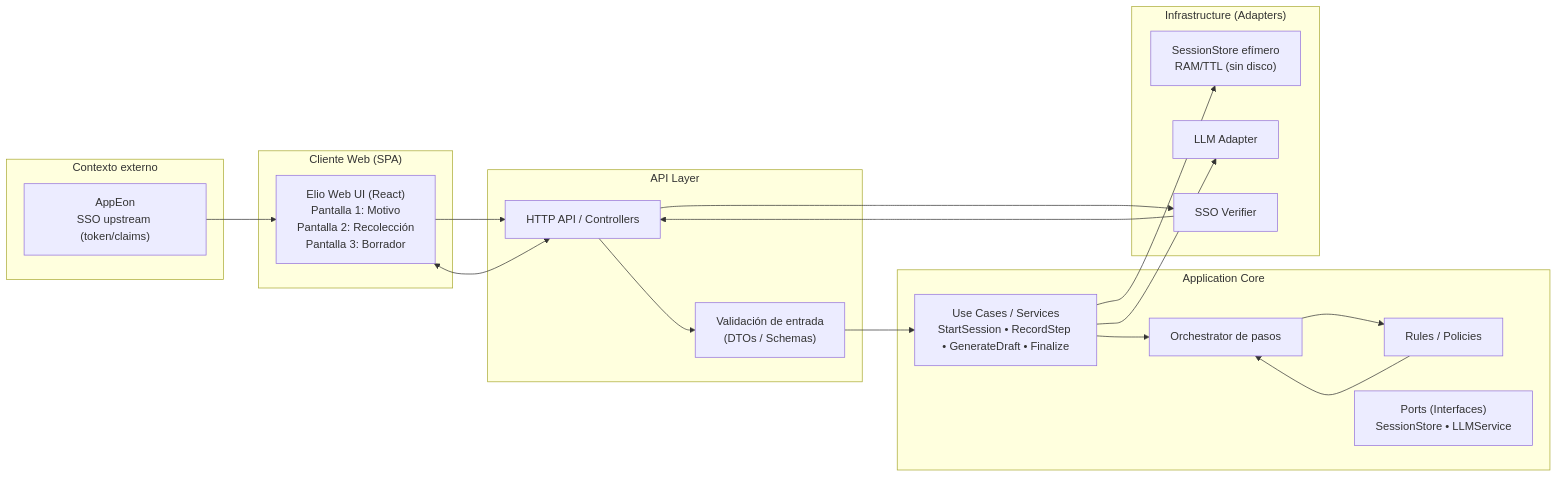
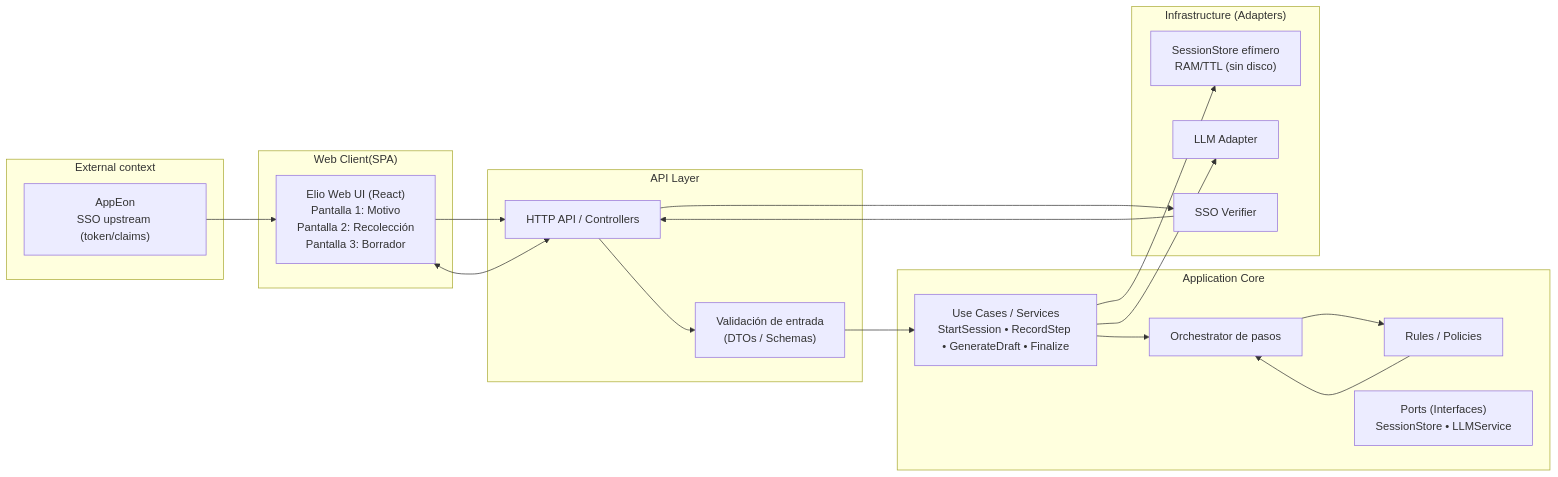
The first of 2 diagrams in README.md (feratholberton/ProyectoFinal), drawn with Mermaid before and after one commit. The commit also changed other lines of this file, not shown here.

````diff
--- a/README.md
+++ b/README.md
@@ -39,43 +39,43 @@
 ```mermaid
 flowchart LR
   %% CONTEXTO
-  subgraph Ext["`Contexto externo`"]
+  subgraph Ext["`External context`"]
     AppEon["`AppEon<br/>SSO upstream (token/claims)`"]
   end
 
   %% CLIENTE
-  subgraph Client["`Cliente Web (SPA)`"]
+  subgraph Client["`Web Client(SPA)`"]
     UI["`Elio Web UI (React)<br/>Pantalla 1: Motivo<br/>Pantalla 2: Recolección<br/>Pantalla 3: Borrador`"]
   end
 
   %% API
   subgraph API["`API Layer`"]
     CTRL["`HTTP API / Controllers`"]
     VAL["`Validación de entrada<br/>(DTOs / Schemas)`"]
   end
 
   %% CORE
   subgraph CORE["`Application Core`"]
     USE["`Use Cases / Services<br/>StartSession • RecordStep • GenerateDraft • Finalize`"]
     ORCH["`Orchestrator de pasos`"]
     RULES["`Rules / Policies`"]
     PORTS["`Ports (Interfaces)<br/>SessionStore • LLMService`"]
   end
 
   %% INFRA
   subgraph INFRA["`Infrastructure (Adapters)`"]
     SESS["`SessionStore efímero<br/>RAM/TTL (sin disco)`"]
     LLM["`LLM Adapter`"]
     AUTH["`SSO Verifier`"]
   end
 
   %% FLUJOS PRINCIPALES (sin etiquetas en aristas)
   AppEon --> UI
   UI --> CTRL
   CTRL --> AUTH --> CTRL
   CTRL --> VAL --> USE
   USE --> ORCH --> RULES --> ORCH
   USE --> SESS
   USE --> LLM
   UI <--> CTRL
 ```
````
